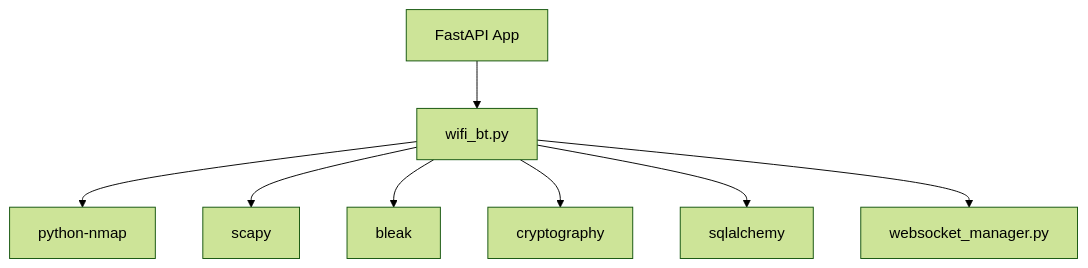
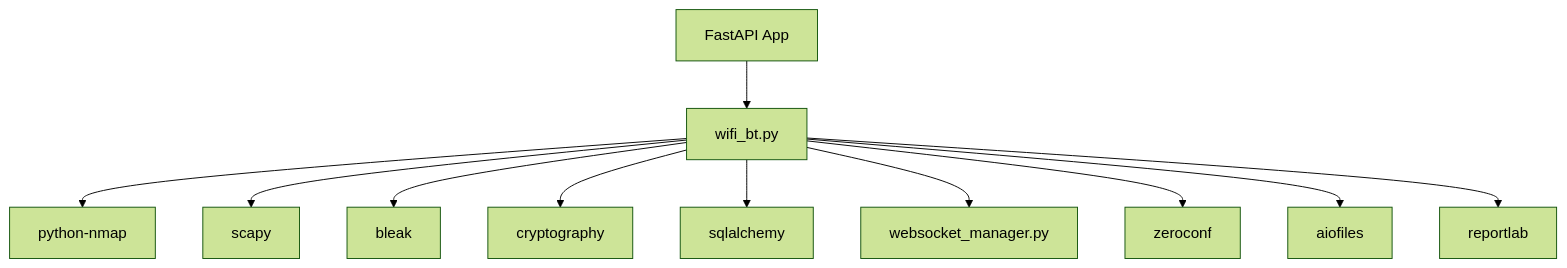
One commit to MohandWaleed3/PentexOne changed the eighth of 8 diagrams in .qoder/repowiki/en/content/API Reference/WiFi & Bluetooth API.md. Above: the diagram before and after it, drawn with Mermaid (forest theme). The commit also changed other lines of this file and 5 other files, not shown here.

````diff
--- a/.qoder/repowiki/en/content/API Reference/WiFi & Bluetooth API.md
+++ b/.qoder/repowiki/en/content/API Reference/WiFi & Bluetooth API.md
@@ -405,10 +595,13 @@
 ```mermaid
 graph TB
 A["FastAPI App"] --> B["wifi_bt.py"]
 B --> C["python-nmap"]
 B --> D["scapy"]
 B --> E["bleak"]
 B --> F["cryptography"]
 B --> G["sqlalchemy"]
 B --> H["websocket_manager.py"]
+B --> I["zeroconf"]
+B --> J["aiofiles"]
+B --> K["reportlab"]
 ```
````
